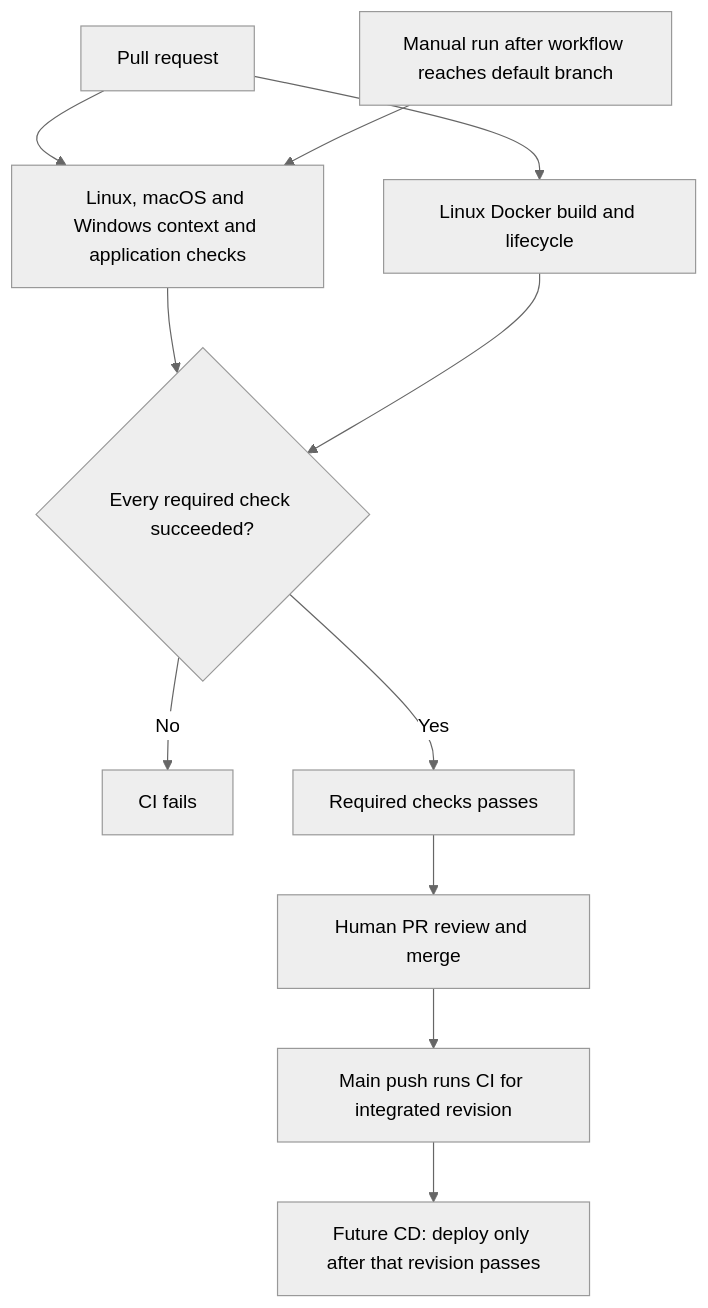
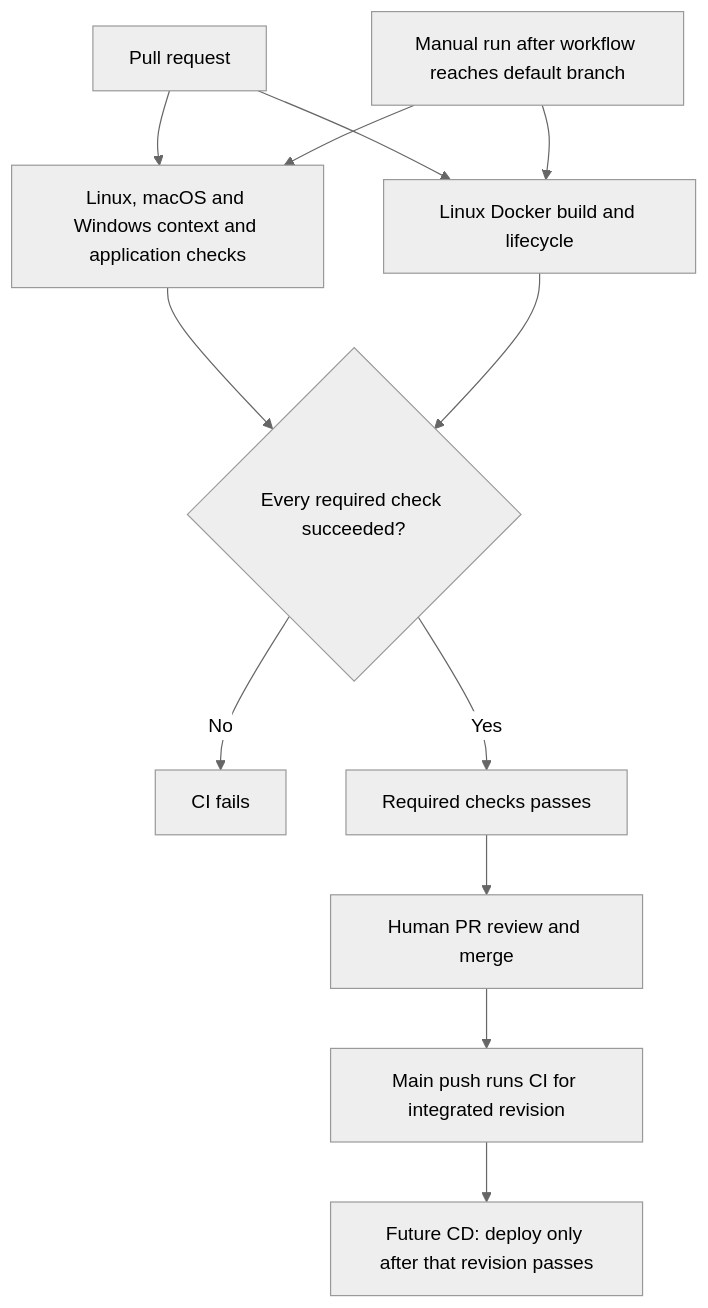
One commit to matthew-ngzc/fruit-box changed the diagram in docs/ci-cd.md. Above: the diagram before and after it, drawn with Mermaid (neutral theme). The commit also changed 1 other file, not shown here.

Commit message:
test: verify container asset bodies and manual CI path (#15)

````diff
--- a/docs/ci-cd.md
+++ b/docs/ci-cd.md
@@ -17,13 +17,14 @@
 ```mermaid
 flowchart TD
     PR[Pull request] --> Matrix[Linux, macOS and Windows context and application checks]
     Manual[Manual run after workflow reaches default branch] --> Matrix
     PR --> Container[Linux Docker build and lifecycle]
+    Manual --> Container
     Matrix --> Gate{Every required check succeeded?}
     Container --> Gate
     Gate -->|No| Stop[CI fails]
     Gate -->|Yes| Green[Required checks passes]
     Green --> Review[Human PR review and merge]
     Review --> Main[Main push runs CI for integrated revision]
     Main --> Future[Future CD: deploy only after that revision passes]
 ```
````
